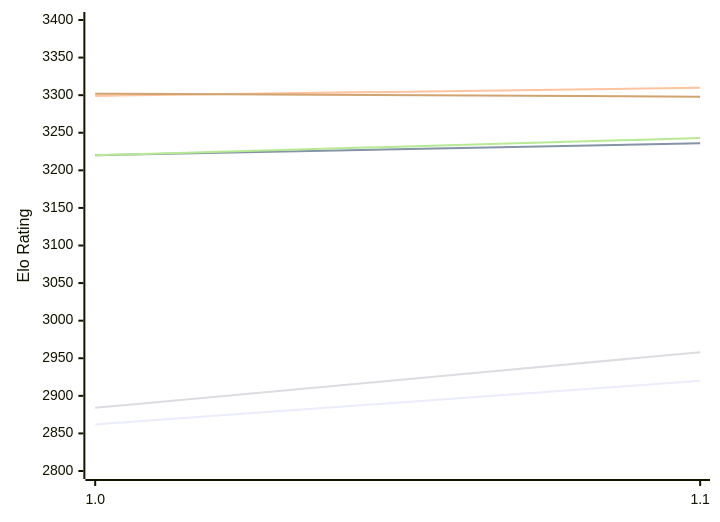
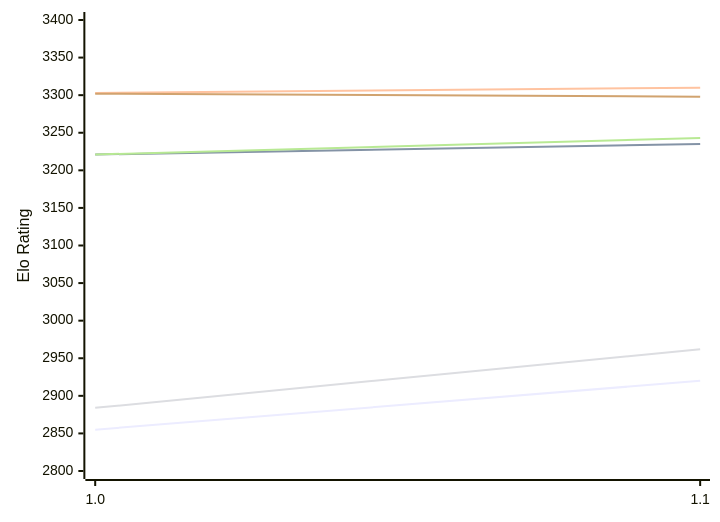
Before and after one commit to computer-chess-index/cci: the first of 2 diagrams in engines/RodentV.md, drawn with Mermaid. The commit also changed other lines of this file, not shown here.

Commit message:
Update CCI Ratings (ELO VLTC) - 2026-11-28

````diff
--- a/engines/RodentV.md
+++ b/engines/RodentV.md
@@ -50,12 +50,12 @@
 ```mermaid
 %%{init: {"theme":"base","themeVariables":{"seriesColors:['#a3a3a3','#222221','#faa371']}}}%%
 xychart-beta
   x-axis ["1.0", "1.1"]
   y-axis "Elo Rating" 2800 --> 3400
-  line "E1: STC (8.0+0.08s)" [2862, 2920]
-  line "E1: LTC (60.0+0.60s)" [3220, 3236]
-  line "E1: VLTC (2m24s+1.12s)" [3299, 3310]
-  line "P1: STC (8.0+0.08s)" [2884, 2958]
-  line "P1: LTC (60.0+0.60s)" [3220, 3243]
+  line "E1: STC (8.0+0.08s)" [2855, 2920]
+  line "E1: LTC (60.0+0.60s)" [3221, 3235]
+  line "E1: VLTC (2m24s+1.12s)" [3303, 3310]
+  line "P1: STC (8.0+0.08s)" [2884, 2962]
+  line "P1: LTC (60.0+0.60s)" [3221, 3243]
   line "P1: VLTC (2m24s+1.12s)" [3302, 3298]
 ```
````
